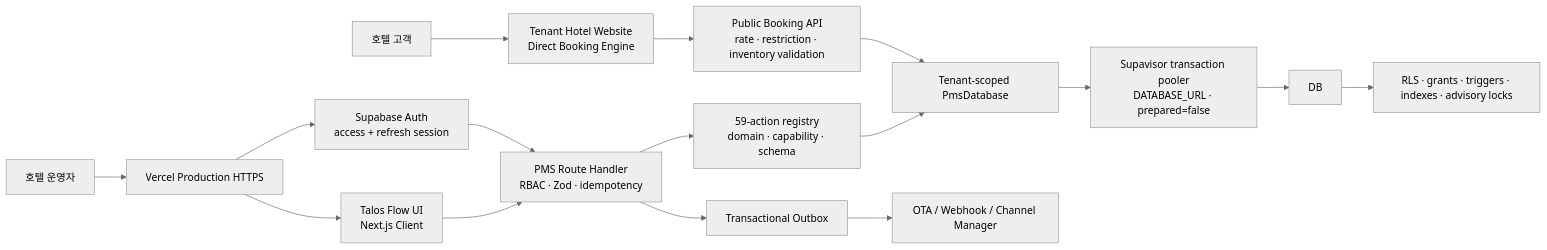
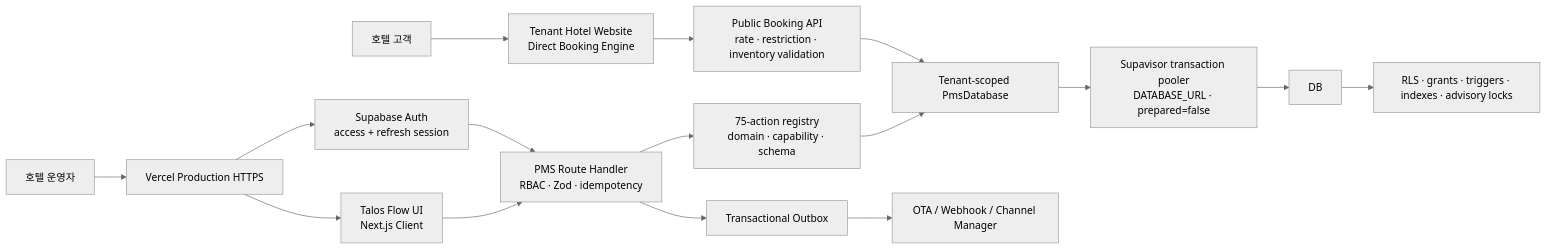
One commit to sksmsrkk-glitch/Aurora_PMS changed the first of 4 diagrams in docs/architecture.md. Above: the diagram before and after it, drawn with Mermaid (neutral theme). The commit also changed other lines of this file and 29 other files, not shown here.

````diff
--- a/docs/architecture.md
+++ b/docs/architecture.md
@@ -40,18 +40,18 @@
 ```mermaid
 flowchart LR
   U["호텔 운영자"] --> VERCEL["Vercel Production HTTPS"]
   G["호텔 고객"] --> WEB["Tenant Hotel Website\nDirect Booking Engine"]
   VERCEL --> AUTH["Supabase Auth\naccess + refresh session"]
   VERCEL --> UI["Talos Flow UI\nNext.js Client"]
   AUTH --> API["PMS Route Handler\nRBAC · Zod · idempotency"]
   UI --> API
   WEB --> BOOKING["Public Booking API\nrate · restriction · inventory validation"]
-  API --> REGISTRY["59-action registry\ndomain · capability · schema"]
+  API --> REGISTRY["75-action registry\ndomain · capability · schema"]
   REGISTRY --> ADAPTER["Tenant-scoped PmsDatabase"]
   BOOKING --> ADAPTER
   ADAPTER --> PG["Supavisor transaction pooler\nDATABASE_URL · prepared=false"]
   PG --> DB
   DB --> GUARD["RLS · grants · triggers · indexes · advisory locks"]
   API --> OUTBOX["Transactional Outbox"]
   OUTBOX --> OTA["OTA / Webhook / Channel Manager"]
 ```
````
